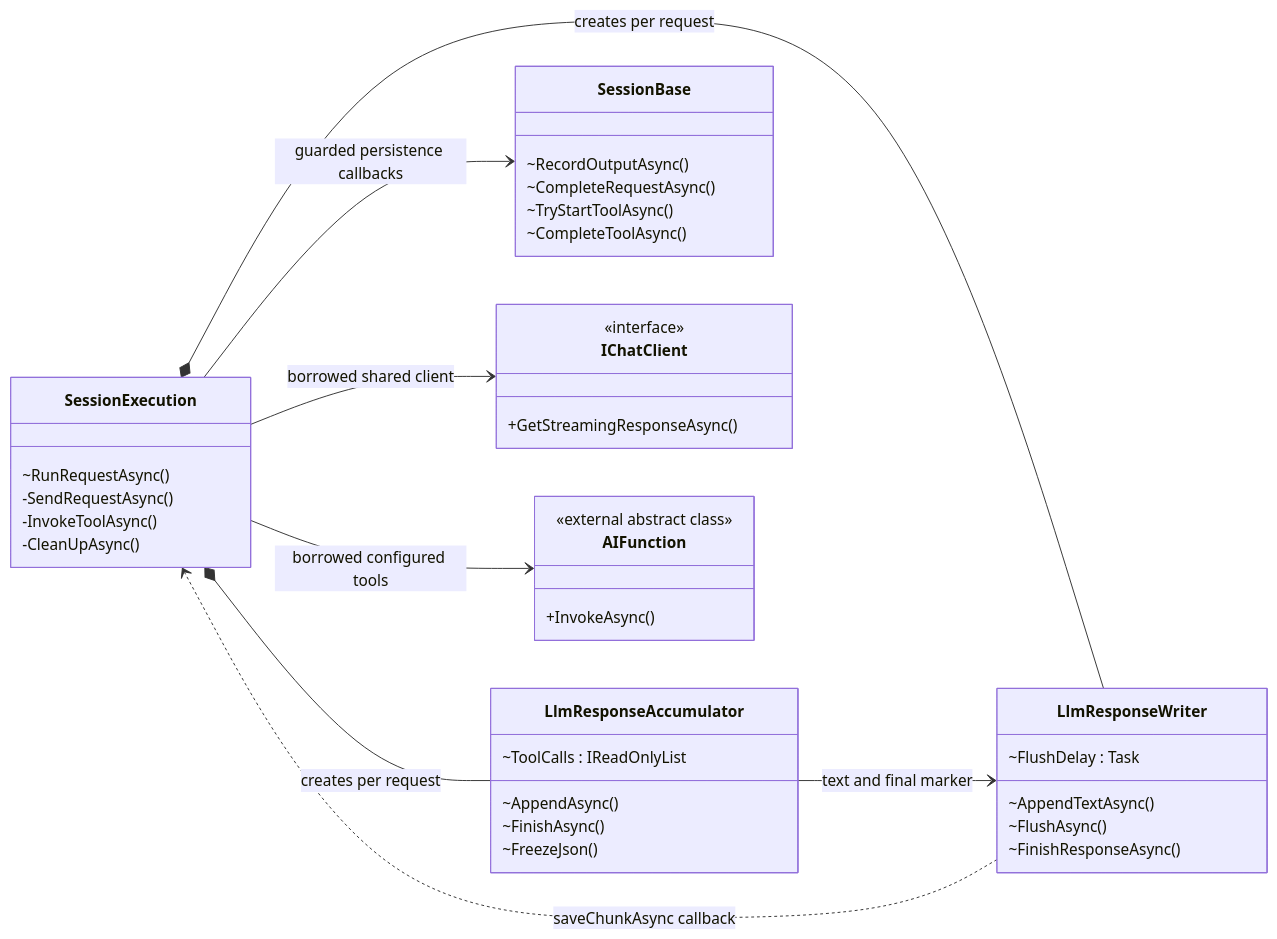
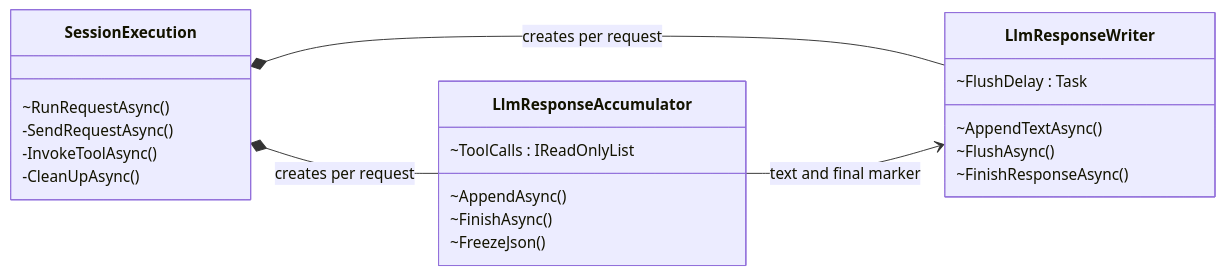
Before and after one commit to OwanL/urd: the third of 9 diagrams in docs/architecture-map.md, drawn with Mermaid. The commit also changed other lines of this file and 1 other file, not shown here.

Commit message:
docs: simplify architecture diagrams and improve visual navigation

````diff
--- a/docs/architecture-map.md
+++ b/docs/architecture-map.md
@@ -161,43 +135,25 @@
 ```mermaid
 classDiagram
   direction LR
   class SessionExecution {
     ~RunRequestAsync()
     -SendRequestAsync()
     -InvokeToolAsync()
     -CleanUpAsync()
   }
   class LlmResponseAccumulator {
     ~ToolCalls : IReadOnlyList
     ~AppendAsync()
     ~FinishAsync()
     ~FreezeJson()
   }
   class LlmResponseWriter {
     ~FlushDelay : Task
     ~AppendTextAsync()
     ~FlushAsync()
     ~FinishResponseAsync()
   }
-  class SessionBase {
-    ~RecordOutputAsync()
-    ~CompleteRequestAsync()
-    ~TryStartToolAsync()
-    ~CompleteToolAsync()
-  }
-  class IChatClient {
-    <<interface>>
-    +GetStreamingResponseAsync()
-  }
-  class AIFunction {
-    <<external abstract class>>
-    +InvokeAsync()
-  }
   SessionExecution *-- LlmResponseAccumulator : creates per request
   SessionExecution *-- LlmResponseWriter : creates per request
   LlmResponseAccumulator --> LlmResponseWriter : text and final marker
-  SessionExecution --> IChatClient : borrowed shared client
-  SessionExecution --> AIFunction : borrowed configured tools
-  SessionExecution --> SessionBase : guarded persistence callbacks
-  LlmResponseWriter ..> SessionExecution : saveChunkAsync callback
 ```
````
